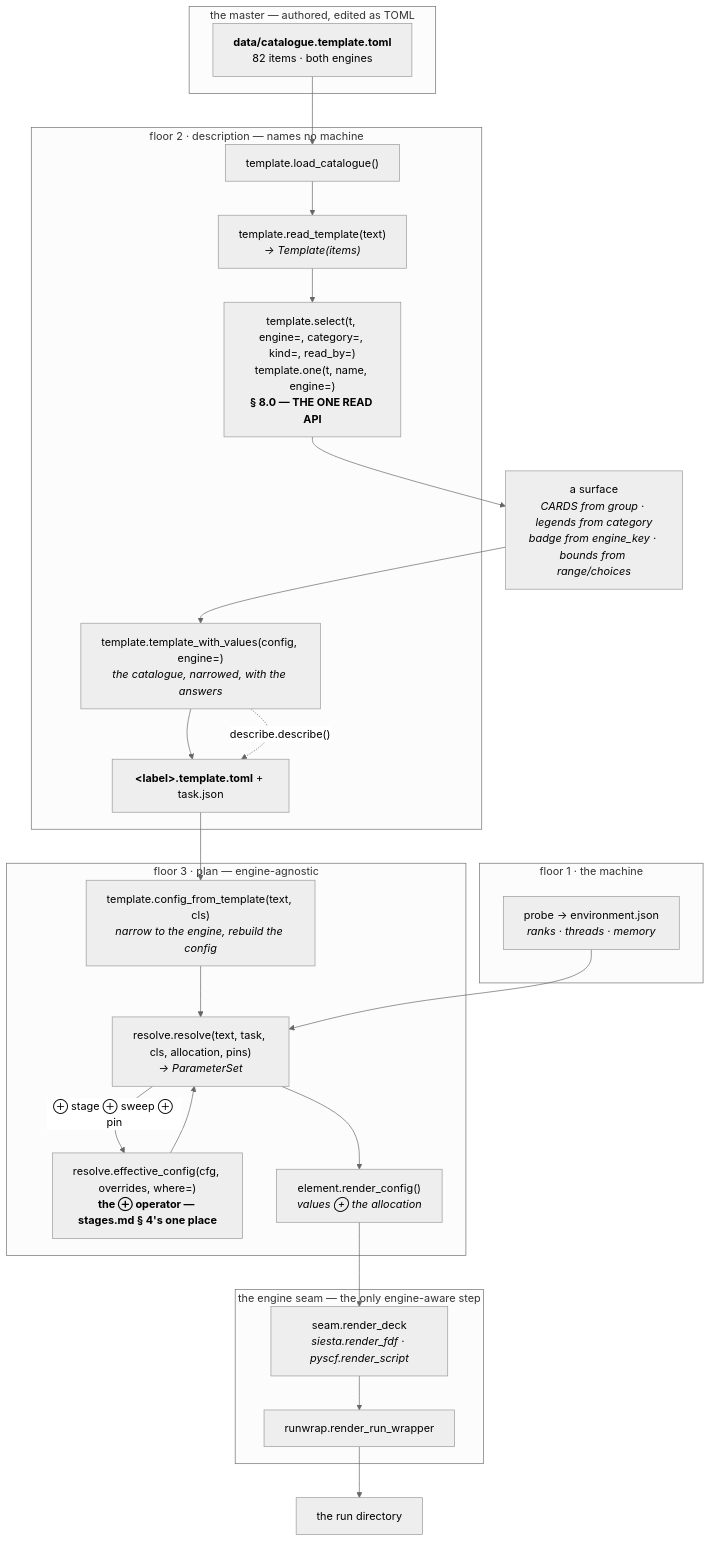
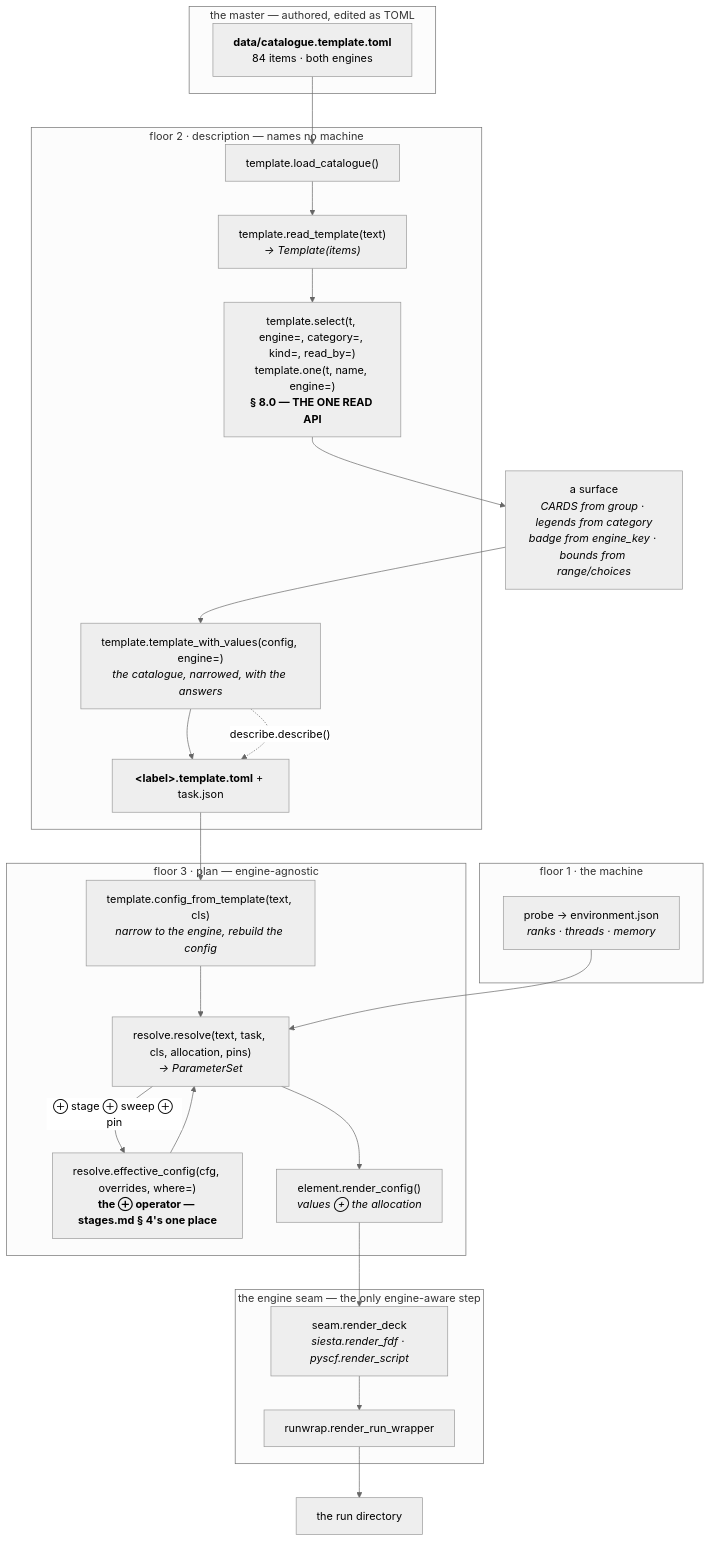
One commit to Qing-LAB/molbuilder changed the sixth of 8 diagrams in docs/engines/template.md. Above: the diagram before and after it, drawn with Mermaid (neutral theme). The commit also changed other lines of this file and 19 other files, not shown here.

````diff
--- a/docs/engines/template.md
+++ b/docs/engines/template.md
@@ -1398,40 +1418,40 @@
 ```mermaid
 flowchart TD
     subgraph F0["the master — authored, edited as TOML"]
-      CAT["<b>data/catalogue.template.toml</b><br/>82 items · both engines"]
+      CAT["<b>data/catalogue.template.toml</b><br/>84 items · both engines"]
     end
 
     subgraph F2["floor 2 · description — names no machine"]
       LOAD["template.load_catalogue()"]
       READ["template.read_template(text)<br/><i>→ Template(items)</i>"]
       SEL["template.select(t, engine=, category=, kind=, read_by=)<br/>template.one(t, name, engine=)<br/><b>§ 8.0 — THE ONE READ API</b>"]
       TWV["template.template_with_values(config, engine=)<br/><i>the catalogue, narrowed, with the answers</i>"]
       TPL["<b>&lt;label&gt;.template.toml</b> + task.json"]
     end
 
     subgraph F1["floor 1 · the machine"]
       ENV["probe → environment.json<br/><i>ranks · threads · memory</i>"]
     end
 
     subgraph F3["floor 3 · plan — engine-agnostic"]
       CFT["template.config_from_template(text, cls)<br/><i>narrow to the engine, rebuild the config</i>"]
       EFF["resolve.effective_config(cfg, overrides, where=)<br/><b>the ⊕ operator — stages.md § 4's one place</b>"]
       RES["resolve.resolve(text, task, cls, allocation, pins)<br/><i>→ ParameterSet</i>"]
       RC["element.render_config()<br/><i>values ⊕ the allocation</i>"]
     end
 
     subgraph FE["the engine seam — the only engine-aware step"]
       DECK["seam.render_deck<br/><i>siesta.render_fdf · pyscf.render_script</i>"]
       WRAP["runwrap.render_run_wrapper"]
     end
 
     CAT --> LOAD --> READ --> SEL
     SEL --> UI["a surface<br/><i>CARDS from group · legends from category<br/>badge from engine_key · bounds from range/choices</i>"]
     UI --> TWV --> TPL
     TWV -.->|"describe.describe()"| TPL
     TPL --> CFT --> RES
     ENV --> RES
     RES -->|"⊕ stage ⊕ sweep ⊕ pin"| EFF
     EFF --> RES
     RES --> RC --> DECK --> WRAP --> RUN["the run directory"]
 ```
````
